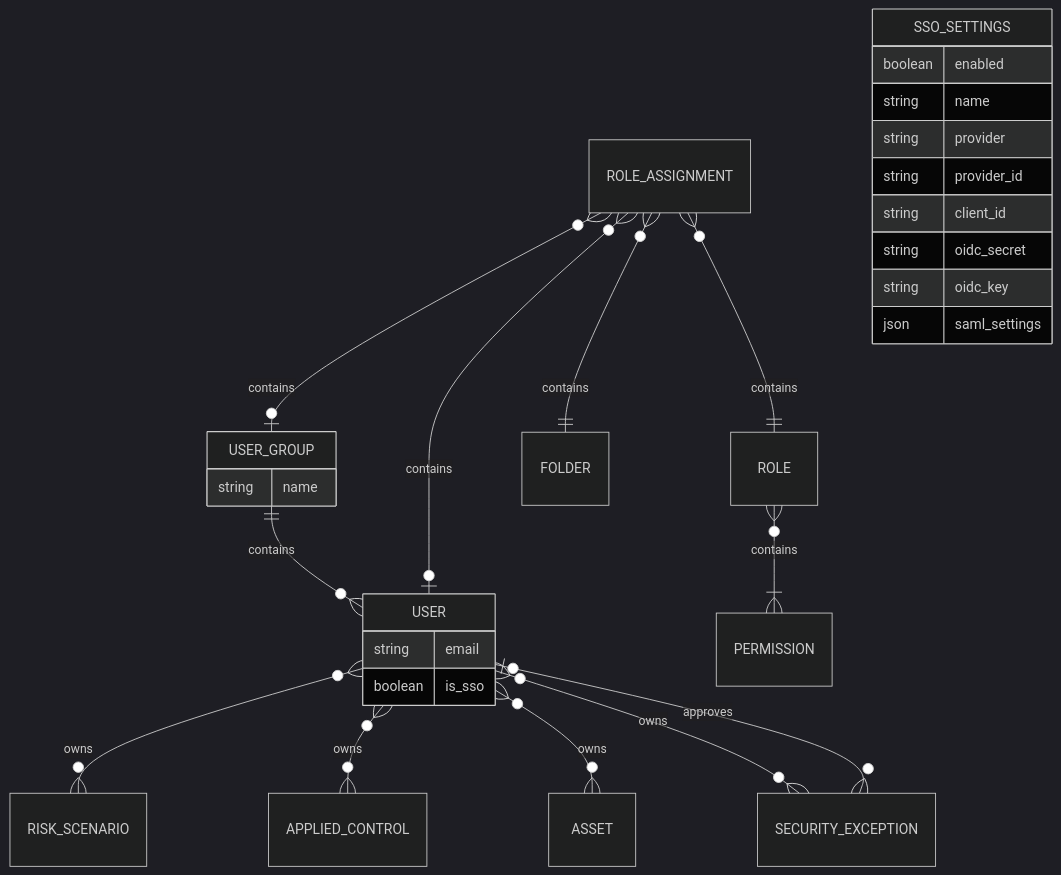
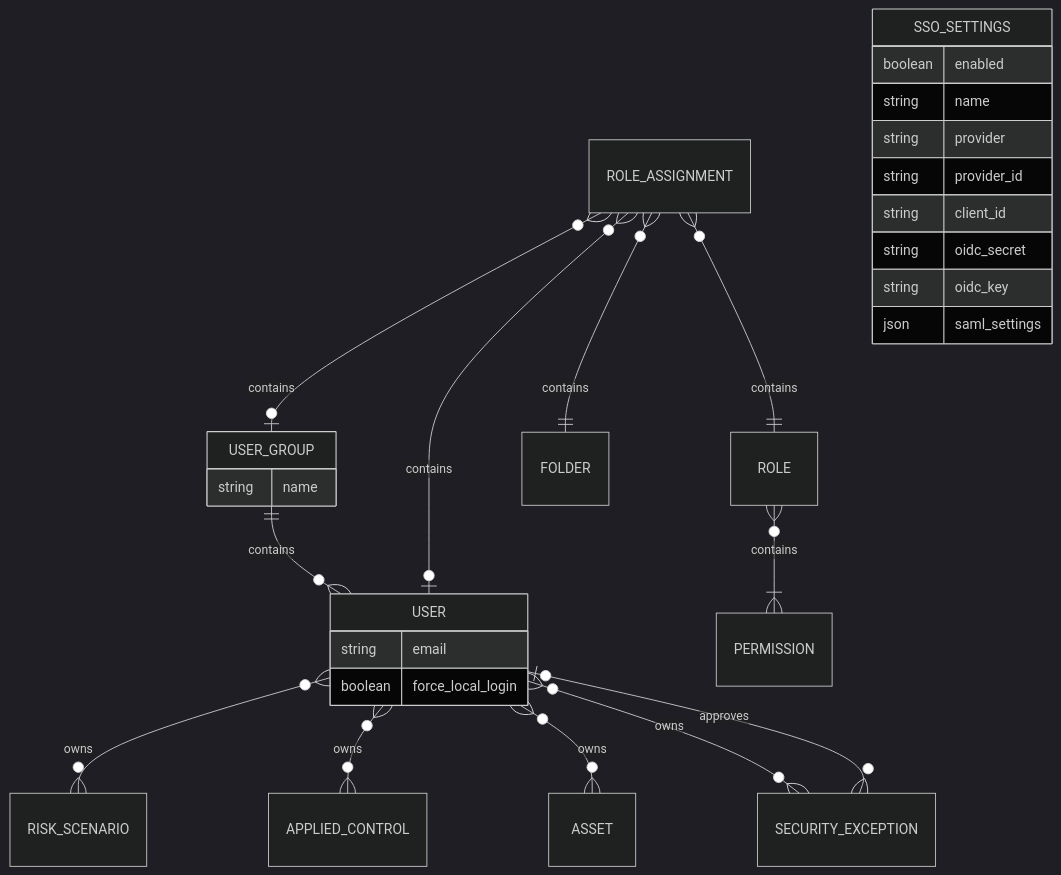
Before and after one commit to intuitem/ciso-assistant-community: the first of 13 diagrams in documentation/architecture/data-model.md, drawn with Mermaid (dark theme). The commit also changed other lines of this file and 22 other files, not shown here.

First line of the commit message:
Add incoherent set-password link, add translations, apply set_unusable_password when activating SSOSettings is_enabled and force_sso

````diff
--- a/documentation/architecture/data-model.md
+++ b/documentation/architecture/data-model.md
@@ -7,37 +7,37 @@
 ```mermaid
 erDiagram
 
     USER }o--o{ RISK_SCENARIO : owns
     USER }o--o{ APPLIED_CONTROL : owns
     USER }o--o{ ASSET : owns
     USER }o--o{ SECURITY_EXCEPTION : owns
     USER |o--o{ SECURITY_EXCEPTION : approves
 
     USER_GROUP      ||--o{ USER      : contains
     ROLE            }o--|{ PERMISSION: contains
     ROLE_ASSIGNMENT }o--o| USER_GROUP: contains
     ROLE_ASSIGNMENT }o--o| USER      : contains
     ROLE_ASSIGNMENT }o--|| FOLDER    : contains
     ROLE_ASSIGNMENT }o--|| ROLE      : contains
 
     USER {
         string  email
-        boolean is_sso
+        boolean force_local_login
     }
 
     USER_GROUP {
         string name
     }
 
     SSO_SETTINGS {
         boolean enabled
         string  name
         string  provider
         string  provider_id
         string  client_id
         string  oidc_secret
         string  oidc_key
         json    saml_settings
     }
 
 ```
````
